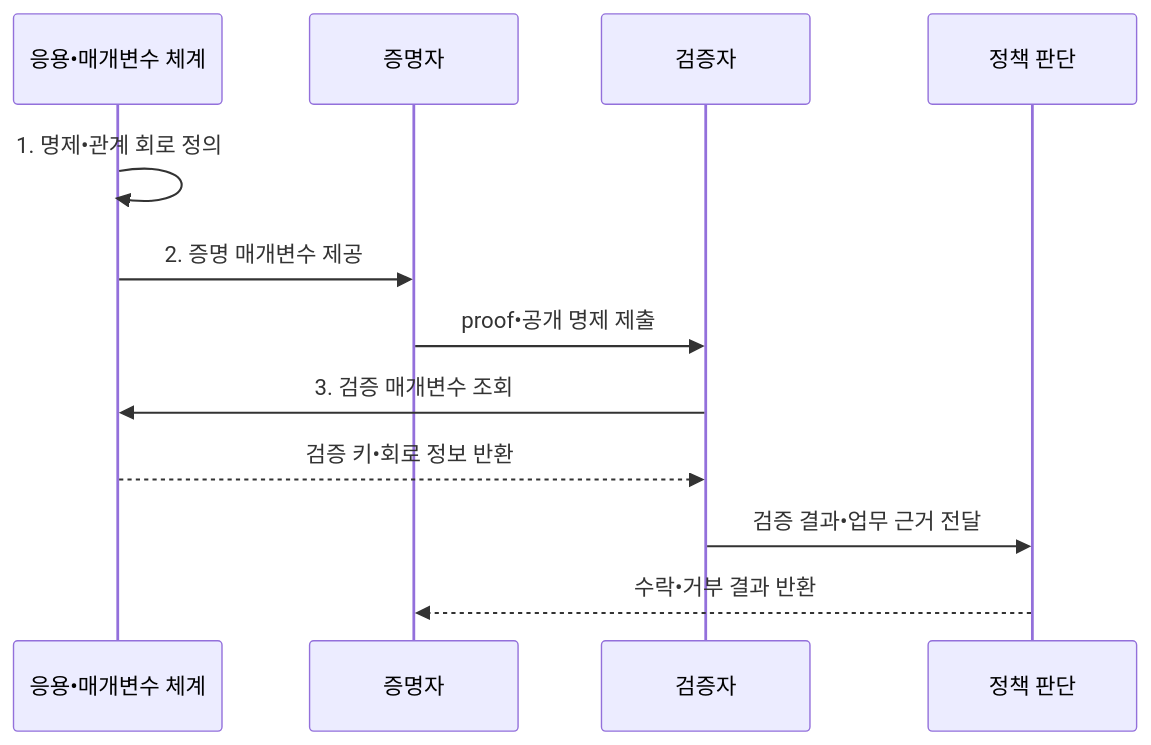
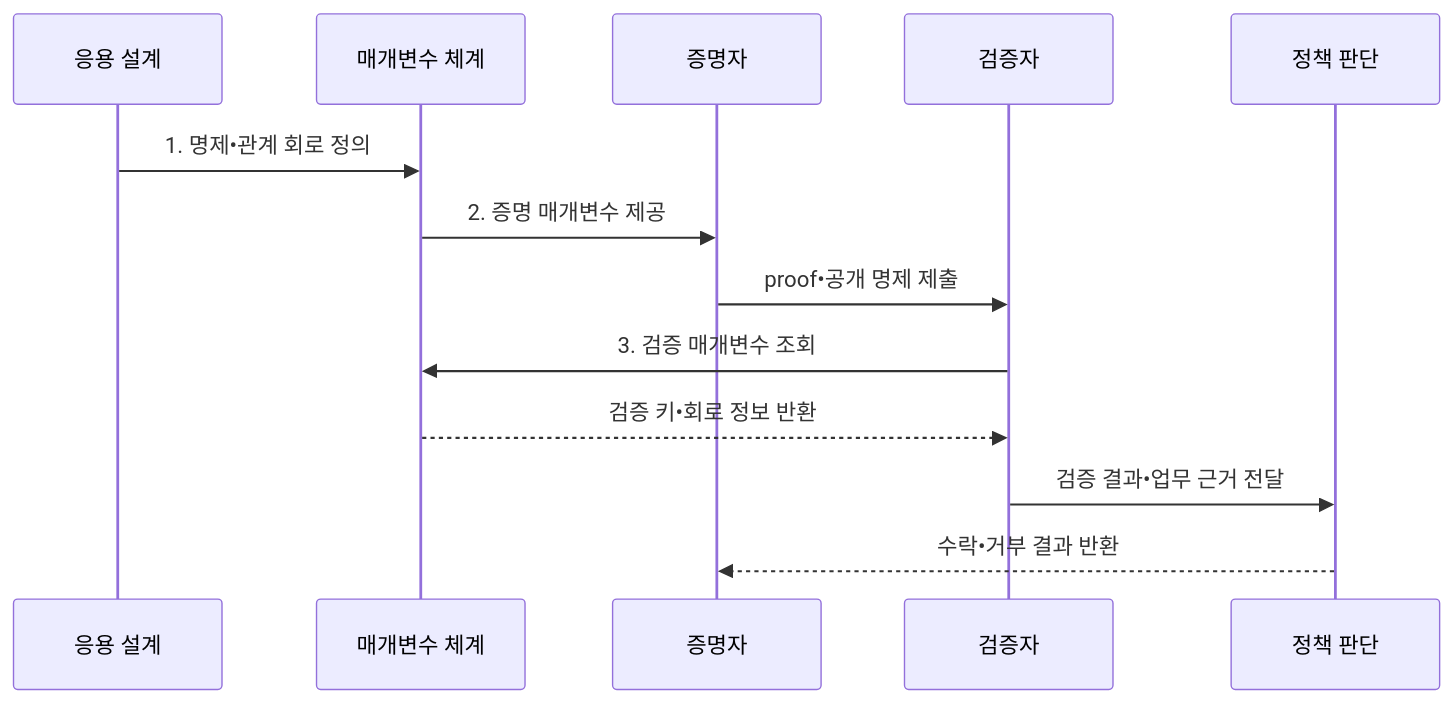
One commit to agnusdei1207/knowledge-base changed the second of 2 diagrams in src/content/docs/notes/08-latest-tech/222_zero_knowledge_proof.md. Above: the diagram before and after it, drawn with Mermaid. The commit also changed other lines of this file and 3 other files, not shown here.

````diff
--- a/src/content/docs/notes/08-latest-tech/222_zero_knowledge_proof.md
+++ b/src/content/docs/notes/08-latest-tech/222_zero_knowledge_proof.md
@@ -104,14 +104,15 @@
 ```mermaid
 sequenceDiagram
-    participant P as 응용•매개변수 체계
+  participant A as 응용 설계
+  participant K as 매개변수 체계
   participant R as 증명자
   participant V as 검증자
   participant D as 정책 판단
-    P->>P: 1. 명제•관계 회로 정의
-  P->>R: 2. 증명 매개변수 제공
+  A->>K: 1. 명제•관계 회로 정의
+  K->>R: 2. 증명 매개변수 제공
   R->>V: proof•공개 명제 제출
-  V->>P: 3. 검증 매개변수 조회
-  P-->>V: 검증 키•회로 정보 반환
+  V->>K: 3. 검증 매개변수 조회
+  K-->>V: 검증 키•회로 정보 반환
   V->>D: 검증 결과•업무 근거 전달
   D-->>R: 수락•거부 결과 반환
 ```
````
